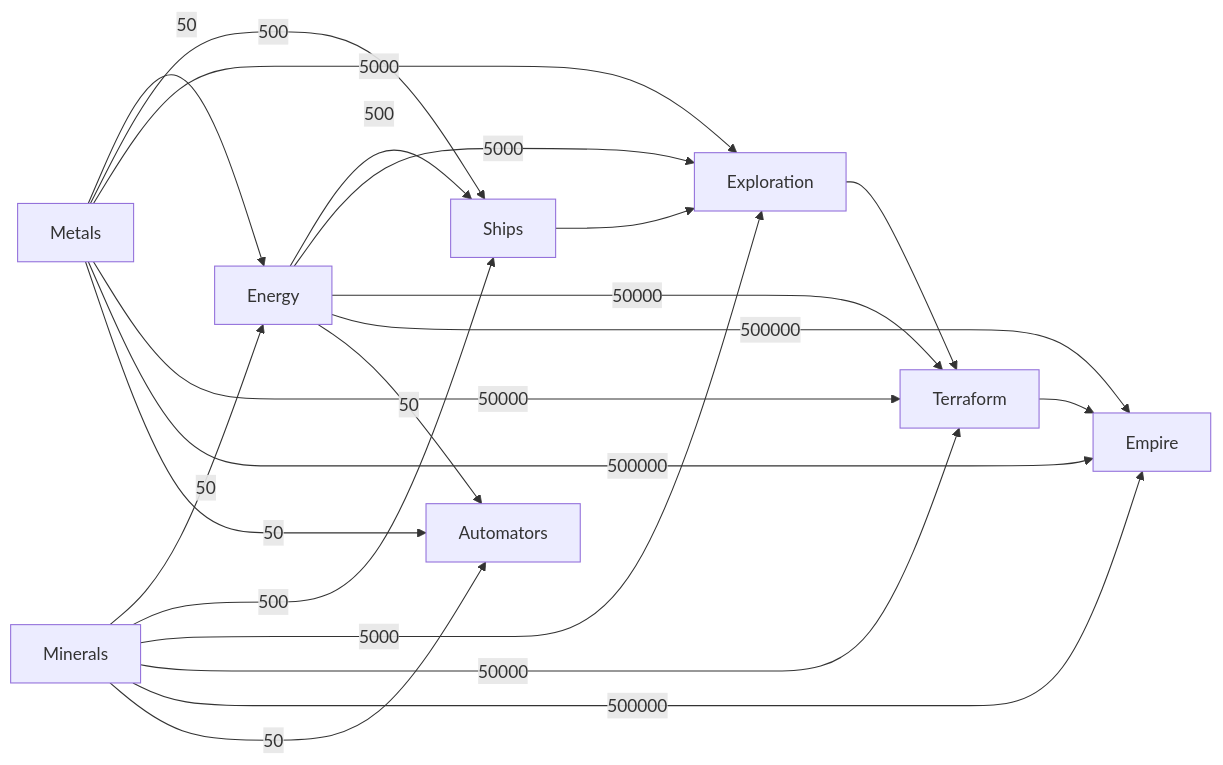
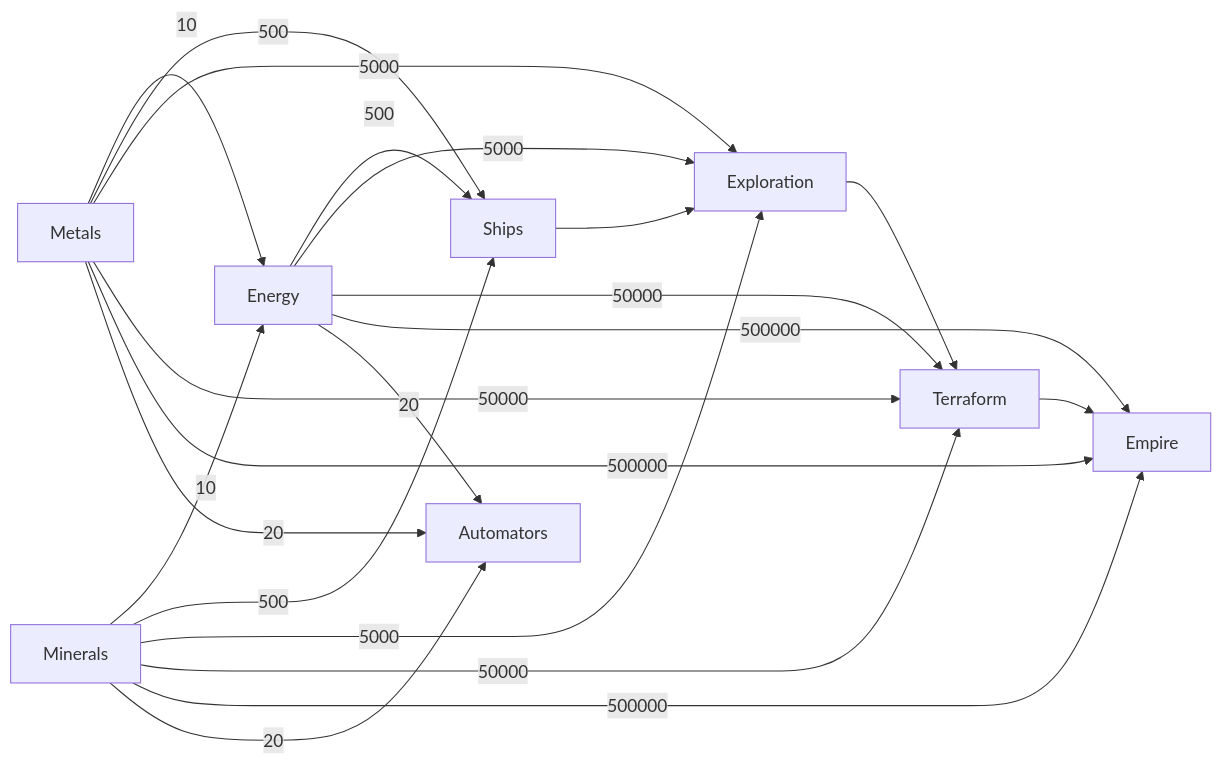
One commit to tidalvirus/cosmicidle changed the second of 2 diagrams in README.md. Above: the diagram before and after it, drawn with Mermaid. The commit also changed 1 other file, not shown here.

Commit message:
Added 'ships' technology/resource. I think 'ships' should end up being another resource, but could be revisited.

````diff
--- a/README.md
+++ b/README.md
@@ -70,25 +70,25 @@
 ```mermaid
 flowchart LR
 
 Ships --> Exploration --> Terraform --> Empire
 
-Metals -- 50 --> Energy
+Metals -- 10 --> Energy
 Metals -- 500 --> Ships
 Metals -- 5000 --> Exploration
 Metals -- 50000 --> Terraform
 Metals -- 500000 --> Empire
-Minerals -- 50 --> Energy
+Minerals -- 10 --> Energy
 Minerals -- 500 --> Ships
 Minerals -- 5000 --> Exploration
 Minerals -- 50000 --> Terraform
 Minerals -- 500000 --> Empire
 
 Energy -- 500 --> Ships
 Energy -- 5000 --> Exploration
 Energy -- 50000 --> Terraform
 Energy -- 500000 --> Empire
 
-Energy -- 50 --> Automators
-Minerals -- 50 --> Automators
-Metals -- 50 --> Automators
+Energy -- 20 --> Automators
+Minerals -- 20 --> Automators
+Metals -- 20 --> Automators
 ```
````
